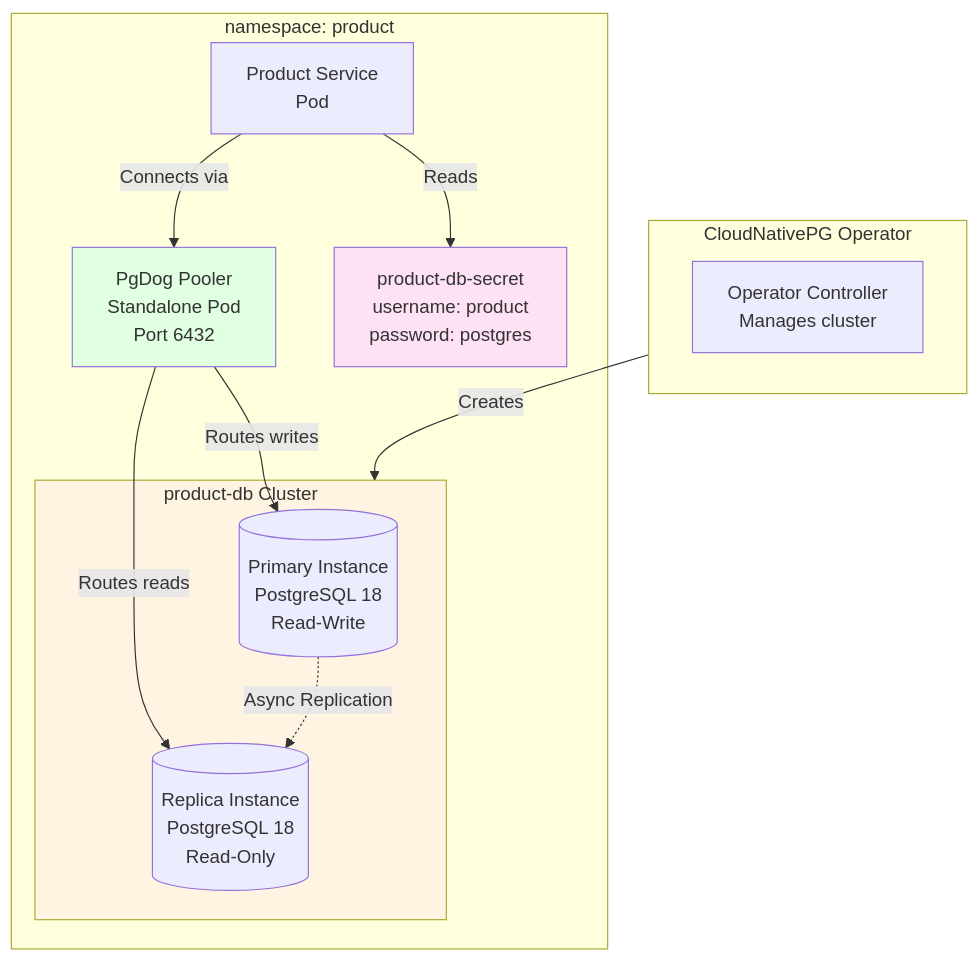
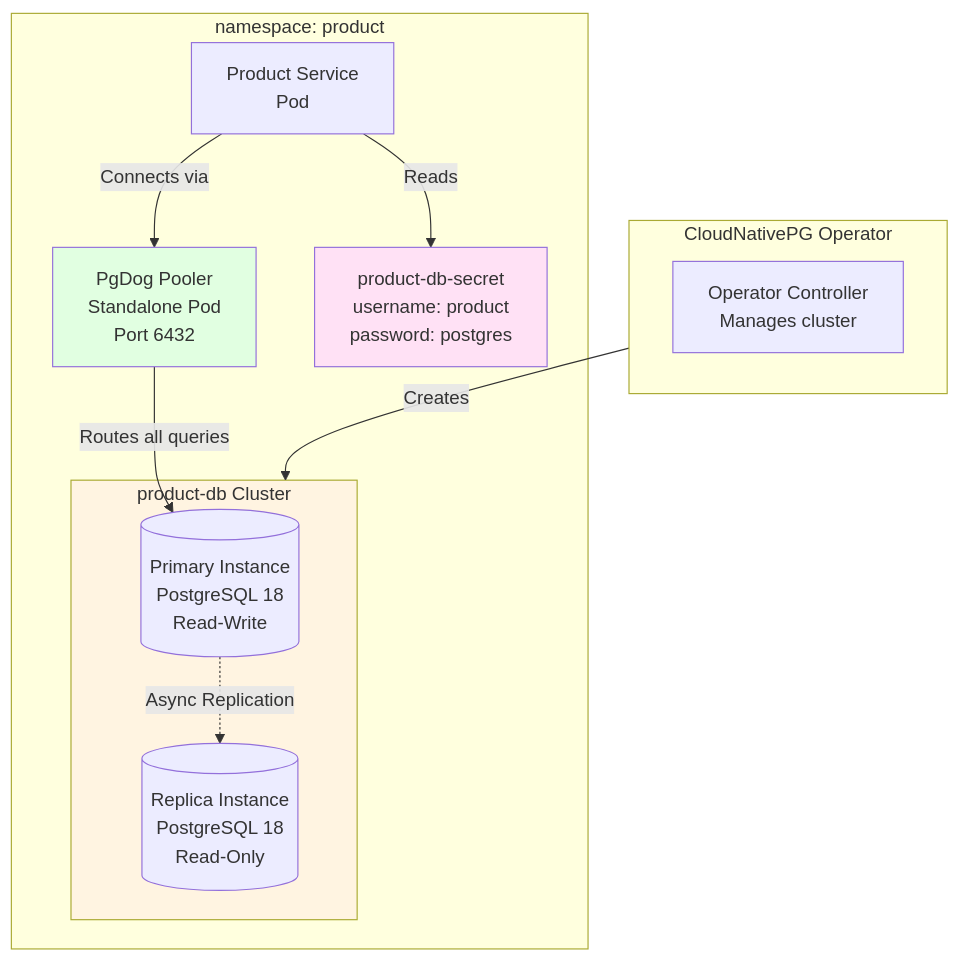
The second of 7 diagrams in docs/guides/DATABASE.md (duynhlab/homelab), drawn with Mermaid before and after one commit. The commit also changed other lines of this file and 6 other files, not shown here.

````diff
--- a/docs/guides/DATABASE.md
+++ b/docs/guides/DATABASE.md
@@ -211,29 +211,28 @@
 ```mermaid
 flowchart TB
     subgraph ProductNS["namespace: product"]
         ProductSvc[Product Service<br/>Pod]
         PgDog[PgDog Pooler<br/>Standalone Pod<br/>Port 6432]
         
         subgraph ProductDB["product-db Cluster"]
             Primary[(Primary Instance<br/>PostgreSQL 18<br/>Read-Write)]
             Replica[(Replica Instance<br/>PostgreSQL 18<br/>Read-Only)]
         end
         
         Secret[product-db-secret<br/>username: product<br/>password: postgres]
     end
     
     subgraph CloudNativePG["CloudNativePG Operator"]
         Operator[Operator Controller<br/>Manages cluster]
     end
     
     CloudNativePG -->|Creates| ProductDB
     ProductSvc -->|Reads| Secret
     ProductSvc -->|Connects via| PgDog
-    PgDog -->|Routes writes| Primary
-    PgDog -->|Routes reads| Replica
+    PgDog -->|Routes all queries| Primary
     Primary -.->|Async Replication| Replica
     
     style ProductDB fill:#fff4e1
     style PgDog fill:#e1ffe1
     style Secret fill:#ffe1f5
 ```
````
